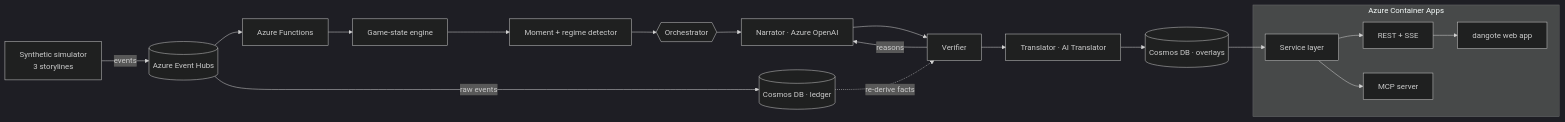
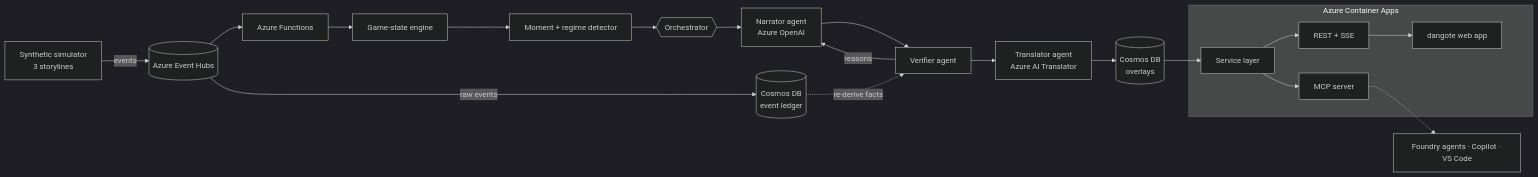
Before and after one commit to gregory-bot/momentum_ledger: the diagram in README.md, drawn with Mermaid (dark theme). The commit also changed other lines of this file and 25 other files, not shown here.

````diff
--- a/README.md
+++ b/README.md
@@ -113,18 +159,19 @@
 ```mermaid
 flowchart LR
   SIM[Synthetic simulator<br/>3 storylines] -->|events| EH[(Azure Event Hubs)]
   EH --> FN[Azure Functions]
   FN --> ENG[Game-state engine] --> DET[Moment + regime detector] --> ORCH{{Orchestrator}}
-  ORCH --> NAR[Narrator · Azure OpenAI] --> VER[Verifier]
+  ORCH --> NAR[Narrator agent<br/>Azure OpenAI] --> VER[Verifier agent]
   VER -- reasons --> NAR
-  VER --> TR[Translator · AI Translator]
-  EH -->|raw events| CL[(Cosmos DB · ledger)]
+  VER --> TR[Translator agent<br/>Azure AI Translator]
+  EH -->|raw events| CL[(Cosmos DB<br/>event ledger)]
   CL -. re-derive facts .-> VER
-  TR --> OV[(Cosmos DB · overlays)]
+  TR --> OV[(Cosmos DB<br/>overlays)]
   subgraph CA["Azure Container Apps"]
     SVC[Service layer] --> API[REST + SSE]
     SVC --> MCP[MCP server]
     API --> WEB[dangote web app]
   end
   OV --> SVC
+  MCP -.-> AG[Foundry agents · Copilot · VS Code]
 ```
````
